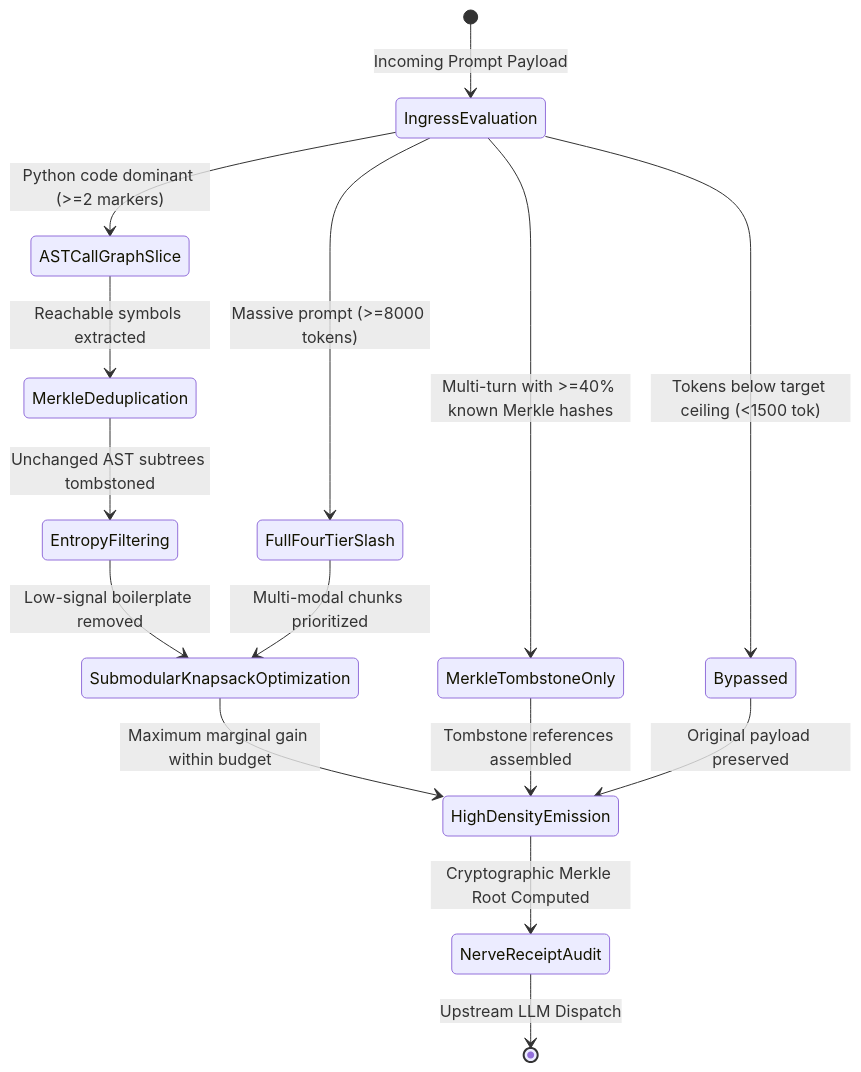
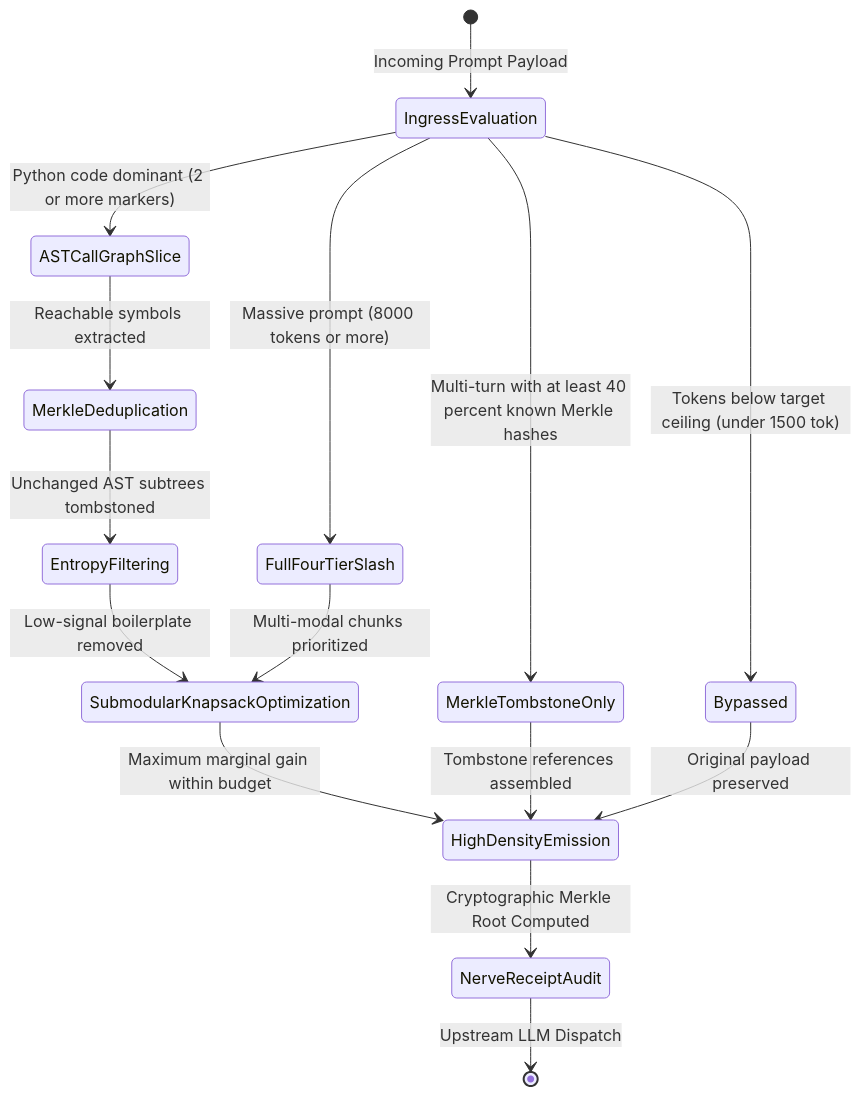
The third of 3 diagrams in README.md (AAH20/apex-token-slasher), drawn with Mermaid before and after one commit. The commit also changed other lines of this file, not shown here.

Commit message:
fix(diagrams): eliminate statement-breaking semicolons and unclosed angle brackets in Mermaid sequence and state diagrams

````diff
--- a/README.md
+++ b/README.md
@@ -118,21 +118,21 @@
 ```mermaid
 stateDiagram-v2
     [*] --> IngressEvaluation : Incoming Prompt Payload
 
-    IngressEvaluation --> Bypassed : Tokens below target ceiling (<1500 tok)
-    IngressEvaluation --> MerkleTombstoneOnly : Multi-turn with >=40% known Merkle hashes
-    IngressEvaluation --> ASTCallGraphSlice : Python code dominant (>=2 markers)
-    IngressEvaluation --> FullFourTierSlash : Massive prompt (>=8000 tokens)
+    IngressEvaluation --> Bypassed : Tokens below target ceiling (under 1500 tok)
+    IngressEvaluation --> MerkleTombstoneOnly : Multi-turn with at least 40 percent known Merkle hashes
+    IngressEvaluation --> ASTCallGraphSlice : Python code dominant (2 or more markers)
+    IngressEvaluation --> FullFourTierSlash : Massive prompt (8000 tokens or more)
 
     ASTCallGraphSlice --> MerkleDeduplication : Reachable symbols extracted
     MerkleDeduplication --> EntropyFiltering : Unchanged AST subtrees tombstoned
     EntropyFiltering --> SubmodularKnapsackOptimization : Low-signal boilerplate removed
     FullFourTierSlash --> SubmodularKnapsackOptimization : Multi-modal chunks prioritized
 
     SubmodularKnapsackOptimization --> HighDensityEmission : Maximum marginal gain within budget
     MerkleTombstoneOnly --> HighDensityEmission : Tombstone references assembled
     Bypassed --> HighDensityEmission : Original payload preserved
 
     HighDensityEmission --> NerveReceiptAudit : Cryptographic Merkle Root Computed
     NerveReceiptAudit --> [*] : Upstream LLM Dispatch
 ```
````
